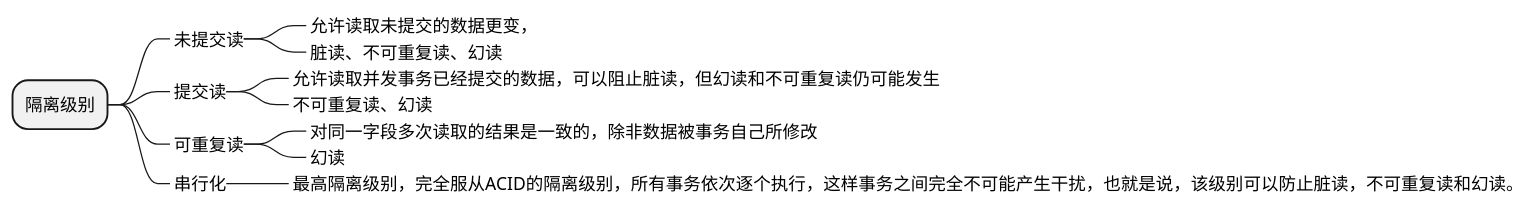
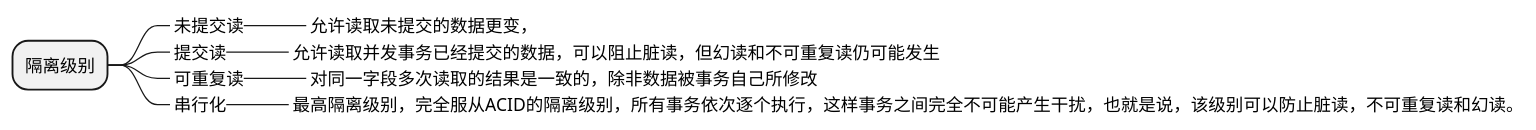
The second of 16 diagrams in 面试/数据库/mysql/mysql.md (yayaa-uuu/study), drawn with PlantUML before and after one commit. The commit also changed other lines of this file, not shown here.

````diff
--- a/面试/数据库/mysql/mysql.md
+++ b/面试/数据库/mysql/mysql.md
@@ -17,16 +17,13 @@
 ```plantuml
 @startmindmap
 * 隔离级别
 **_ 未提交读
 ***_ 允许读取未提交的数据更变，
-***_ 脏读、不可重复读、幻读
 **_ 提交读
 ***_ 允许读取并发事务已经提交的数据，可以阻止脏读，但幻读和不可重复读仍可能发生
-***_ 不可重复读、幻读
 **_ 可重复读
 ***_ 对同一字段多次读取的结果是一致的，除非数据被事务自己所修改
-***_ 幻读
 **_ 串行化
 ***_ 最高隔离级别，完全服从ACID的隔离级别，所有事务依次逐个执行，这样事务之间完全不可能产生干扰，也就是说，该级别可以防止脏读，不可重复读和幻读。
 @endmindmap
 ```
````
